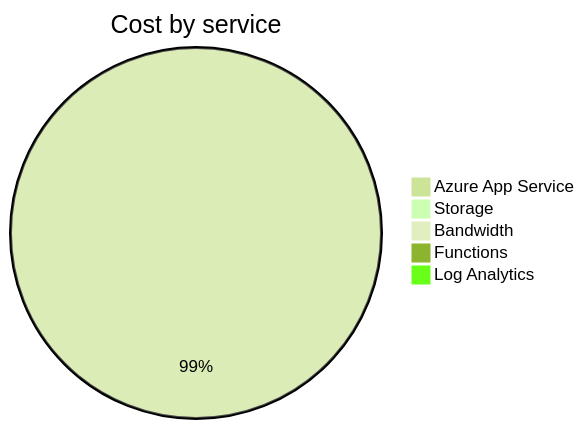
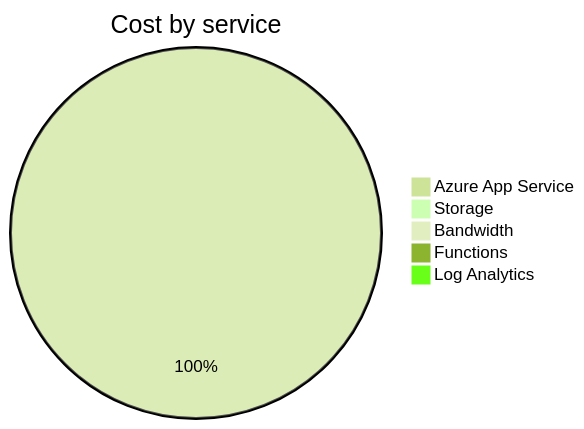
One commit to jpfulton/azure-personal-reports changed the second of 4 diagrams in cost-reports/personal-site/README.md. Above: the diagram before and after it, drawn with Mermaid (forest theme). The commit also changed other lines of this file and 6 other files, not shown here.

````diff
--- a/cost-reports/personal-site/README.md
+++ b/cost-reports/personal-site/README.md
@@ -99,9 +99,9 @@
 ```mermaid
 pie
    title Cost by service
-   "Azure App Service" : 1.65
+   "Azure App Service" : 2.27
    "Storage" : 0.01
    "Bandwidth" : 0.00
    "Functions" : 0.00
    "Log Analytics" : 0.00
 ```
````
